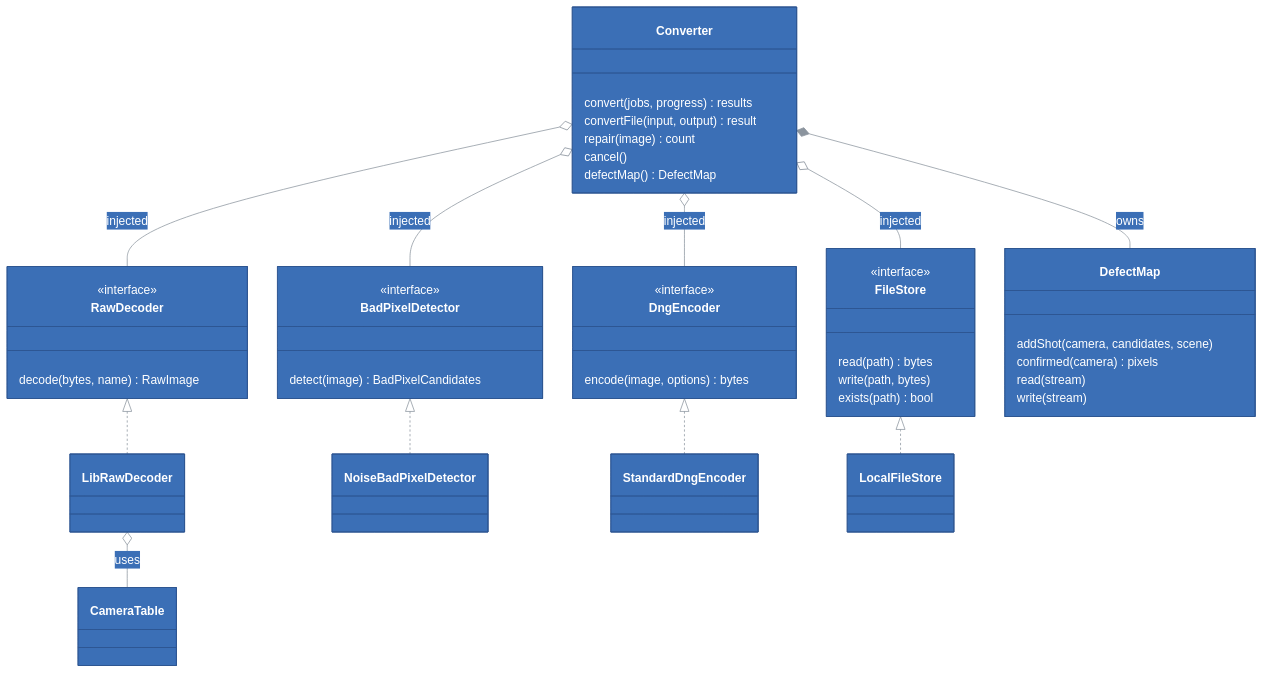
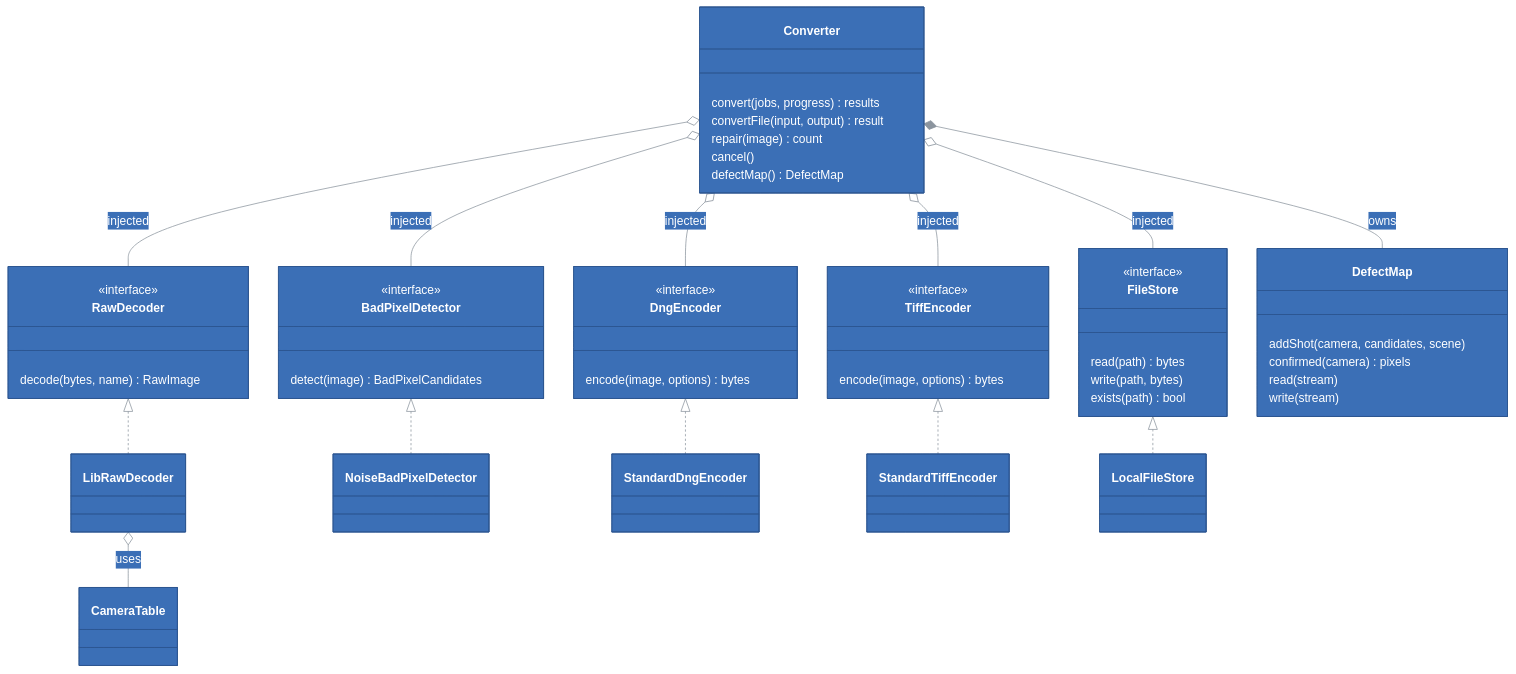
The second of 3 diagrams in docs/ARCHITECTURE.md (kineticsystem/raw-converter), drawn with Mermaid before and after one commit. The commit also changed other lines of this file and 27 other files, not shown here.

````diff
--- a/docs/ARCHITECTURE.md
+++ b/docs/ARCHITECTURE.md
@@ -204,6 +213,10 @@
         <<interface>>
         encode(image, options) bytes
     }
+    class TiffEncoder {
+        <<interface>>
+        encode(image, options) bytes
+    }
     class FileStore {
         <<interface>>
         read(path) bytes
@@ -226,11 +239,13 @@
     RawDecoder <|.. LibRawDecoder
     BadPixelDetector <|.. NoiseBadPixelDetector
     DngEncoder <|.. StandardDngEncoder
+    TiffEncoder <|.. StandardTiffEncoder
     FileStore <|.. LocalFileStore
     LibRawDecoder o-- CameraTable : uses
     Converter o-- RawDecoder : injected
     Converter o-- BadPixelDetector : injected
     Converter o-- DngEncoder : injected
+    Converter o-- TiffEncoder : injected
     Converter o-- FileStore : injected
     Converter *-- DefectMap : owns
 ```
````
